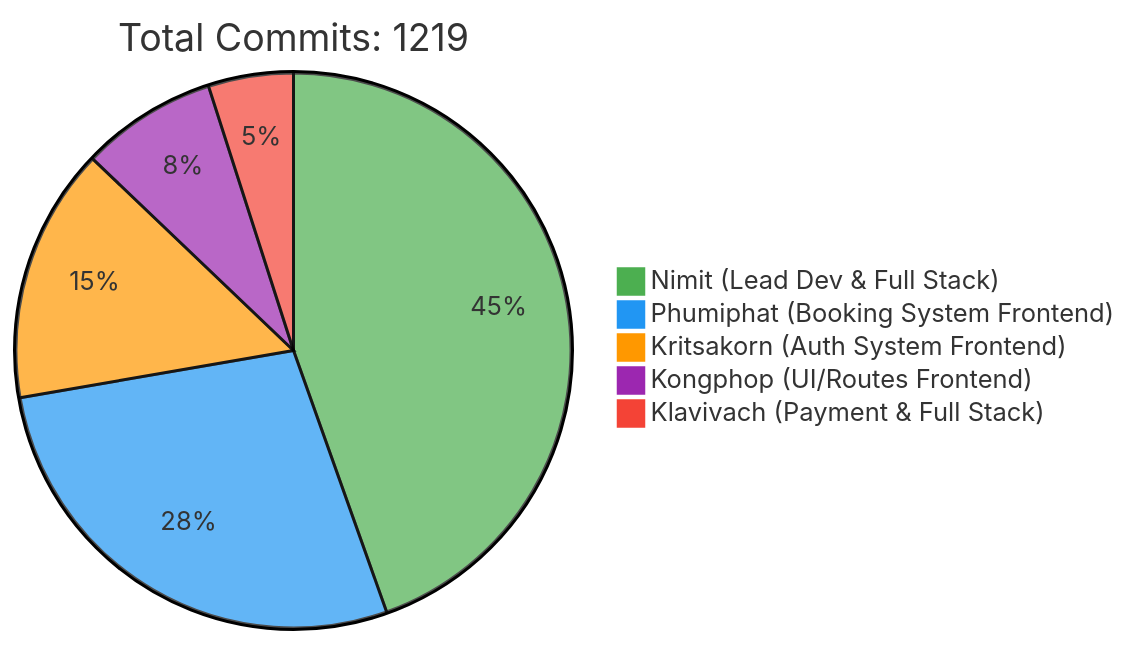
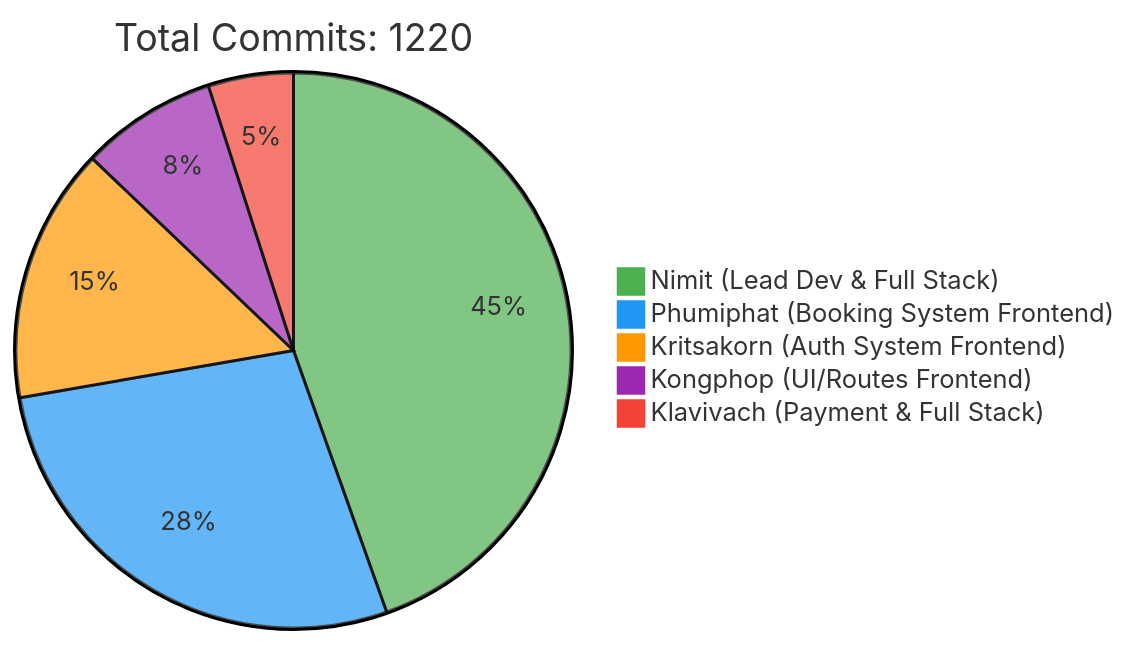
The first of 2 diagrams in README.md (6531503042/Sport-Complex), drawn with Mermaid before and after one commit. The commit also changed other lines of this file, not shown here.

Commit message:
docs: Update contributor statistics [skip ci]

````diff
--- a/README.md
+++ b/README.md
@@ -257,10 +257,10 @@
 ```mermaid
 %%{init: {'theme': 'base', 'themeVariables': { 'pie1': '#4CAF50', 'pie2': '#2196F3', 'pie3': '#FF9800', 'pie4': '#9C27B0', 'pie5': '#F44336'}}}%%
 pie
-    title Total Commits: 1219
+    title Total Commits: 1220
     "Nimit (Lead Dev & Full Stack)" : 450
     "Phumiphat (Booking System Frontend)" : 280
     "Kritsakorn (Auth System Frontend)" : 150
     "Kongphop (UI/Routes Frontend)" : 80
     "Klavivach (Payment & Full Stack)" : 50
 ```
````
